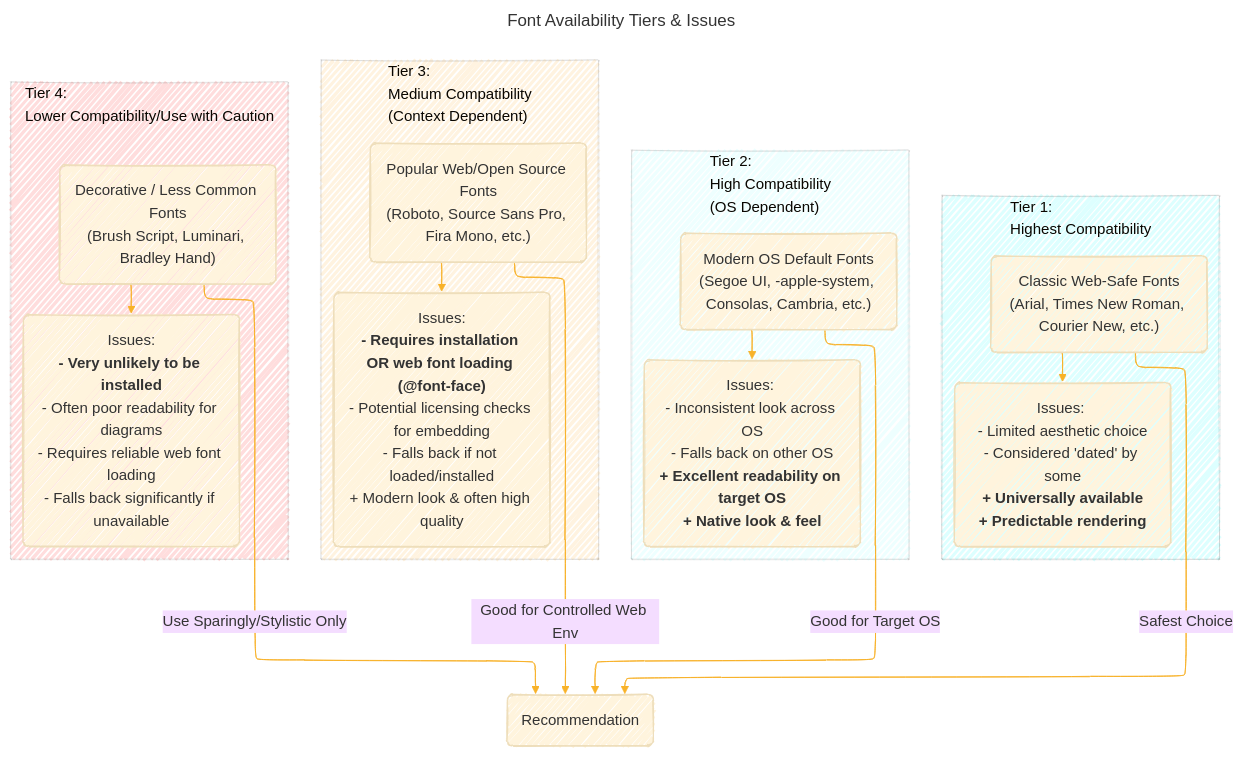
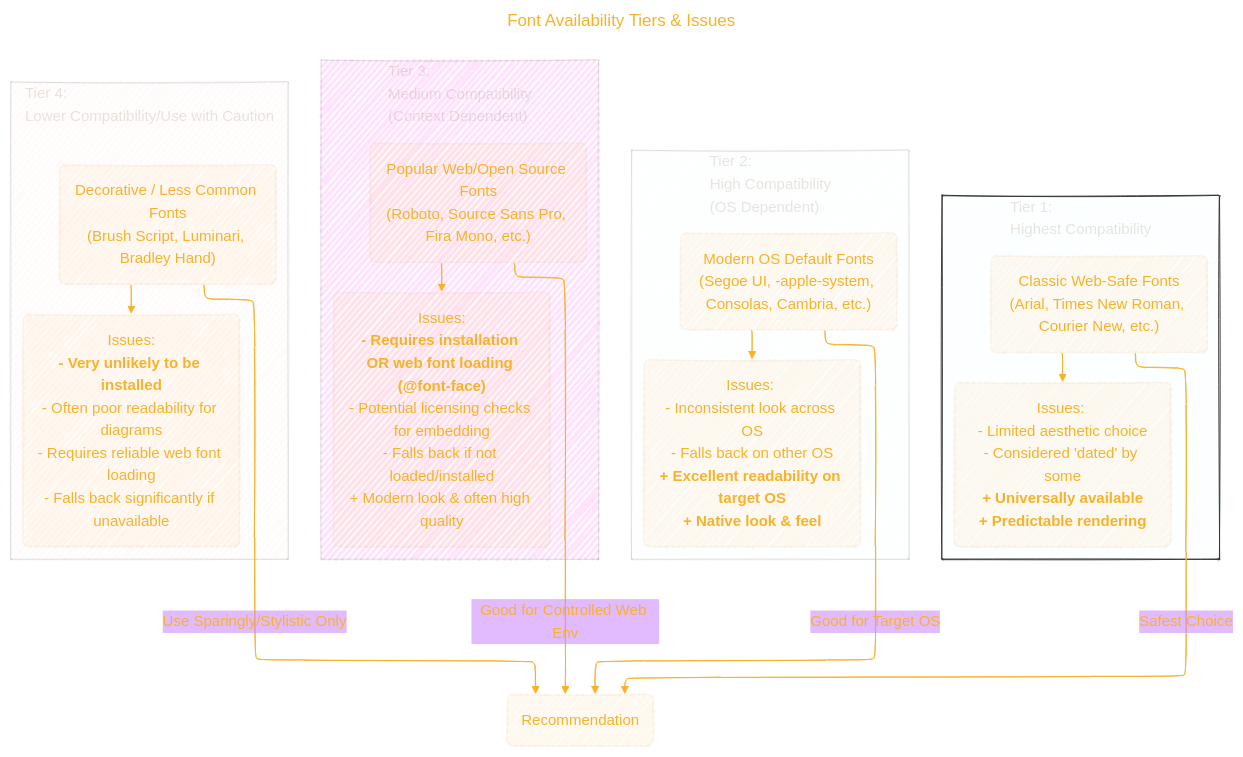
One commit to CongLeSolutionX/ArchExplorer changed the third of 3 diagrams in MERMAID_JS/Web_Font_Guide/Web_Font_Guide.md. Above: the diagram before and after it, drawn with Mermaid.

````diff
--- a/MERMAID_JS/Web_Font_Guide/Web_Font_Guide.md
+++ b/MERMAID_JS/Web_Font_Guide/Web_Font_Guide.md
@@ -190,60 +190,62 @@
 ```mermaid
 ---
 title: "Font Availability Tiers & Issues"
 author: "Cong Le"
 version: "1.0"
 license(s): "MIT, CC BY 4.0"
 copyright: "Copyright (c) 2025 Cong Le. All Rights Reserved."
 config:
   layout: elk
   look: handDrawn
   theme: base
 ---
 %%%%%%%% Mermaid version v11.4.1-b.14
 %%%%%%%% Toggle theme value to `base` to activate the initilization below for the customized theme version.
 %%%%%%%% Available curve styles include the following keywords:
 %% basis, bumpX, bumpY, cardinal, catmullRom, linear, monotoneX, monotoneY, natural, step, stepAfter, stepBefore.
 %%{
   init: {
     'flowchart': {'htmlLabels': true, 'curve': 'basis' },
     'fontFamily': 'monospace',
     'themeVariables': {
+      'primaryColor': '#FC82',
+      'primaryTextColor': '#F8B229',
       'lineColor': '#F8B229'
     }
   }
 }%%
 graph TD
     subgraph Tier1["Tier 1:<br>Highest Compatibility"]
-        style Tier1 fill:#dff,stroke:#000,stroke-width:0.1px
+        style Tier1 fill:#dff2,stroke:#333,stroke-width:1px
         T1_Node("Classic Web-Safe Fonts<br>(Arial, Times New Roman, Courier New, etc.)")
         T1_Desc("Issues: <br/>- Limited aesthetic choice<br/>- Considered 'dated' by some<br/><b>+ Universally available</b><br/><b>+ Predictable rendering</b>")
         T1_Node --> T1_Desc
     end
 
     subgraph Tier2["Tier 2:<br>High Compatibility<br>(OS Dependent)"]
-        style Tier2 fill:#eff,stroke:#333,stroke-width:0.1px
+        style Tier2 fill:#eff2,stroke:#333,stroke-width:0.1px
         T2_Node("Modern OS Default Fonts<br>(Segoe UI, -apple-system, Consolas, Cambria, etc.)")
         T2_Desc("Issues: <br/>- Inconsistent look across OS<br/>- Falls back on other OS<br/><b>+ Excellent readability on target OS</b><br/><b>+ Native look & feel</b>")
         T2_Node --> T2_Desc
     end
 
     subgraph Tier3["Tier 3:<br>Medium Compatibility<br>(Context Dependent)"]
-         style Tier3 fill:#fff3e0,stroke:#333,stroke-width:0.1px
+        style Tier3 fill:#f3e2,stroke:#333,stroke-width:0.1px
        T3_Node("Popular Web/Open Source Fonts<br>(Roboto, Source Sans Pro, Fira Mono, etc.)")
        T3_Desc("Issues:<br/><b>- Requires installation OR web font loading (@font-face)</b><br/>- Potential licensing checks for embedding<br/>- Falls back if not loaded/installed<br/>+ Modern look & often high quality")
        T3_Node --> T3_Desc
     end
 
      subgraph Tier4["Tier 4:<br>Lower Compatibility/Use with Caution"]
-        style Tier4 fill:#fdd,stroke:#333,stroke-width:0.1px
+        style Tier4 fill:#fdd2,stroke:#333,stroke-width:0.1px
         T4_Node("Decorative / Less Common Fonts<br>(Brush Script, Luminari, Bradley Hand)")
         T4_Desc("Issues:<br/><b>- Very unlikely to be installed</b><br/>- Often poor readability for diagrams<br/>- Requires reliable web font loading<br/>- Falls back significantly if unavailable")
         T4_Node --> T4_Desc
     end
 
     T1_Node -- Safest Choice --> Recommendation("Recommendation")
     T2_Node -- Good for Target OS --> Recommendation
     T3_Node -- Good for Controlled Web Env --> Recommendation
     T4_Node -- Use Sparingly/Stylistic Only --> Recommendation
 
 ```
````
